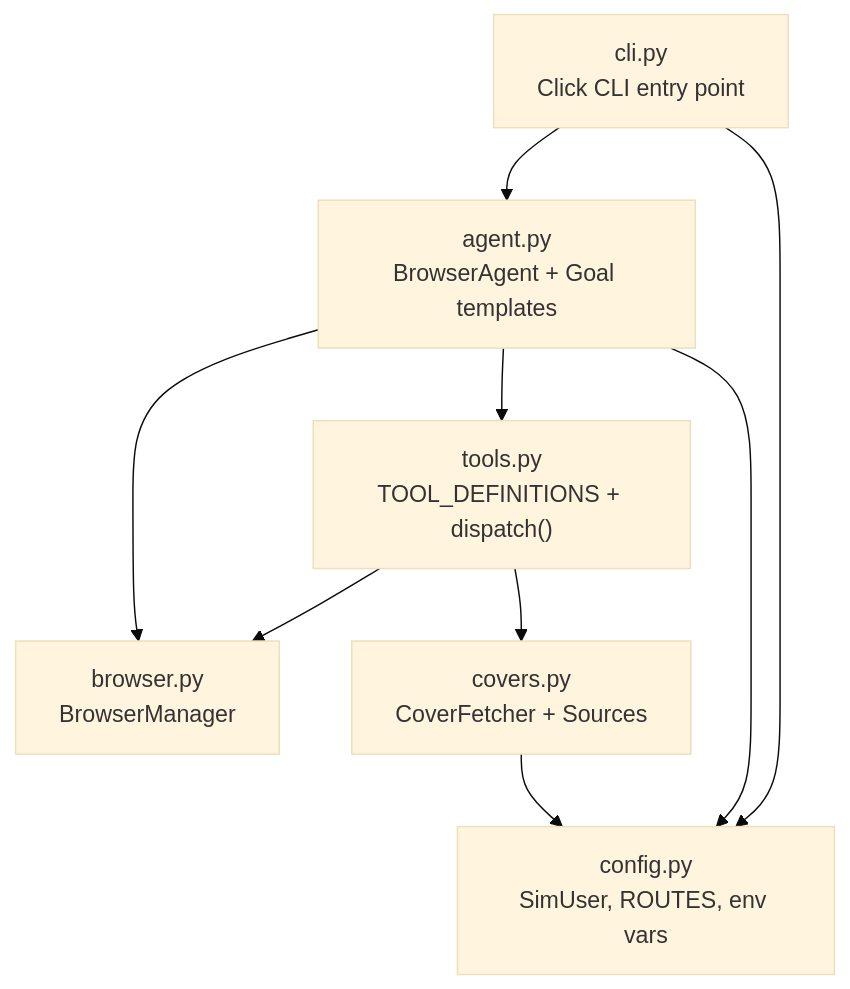
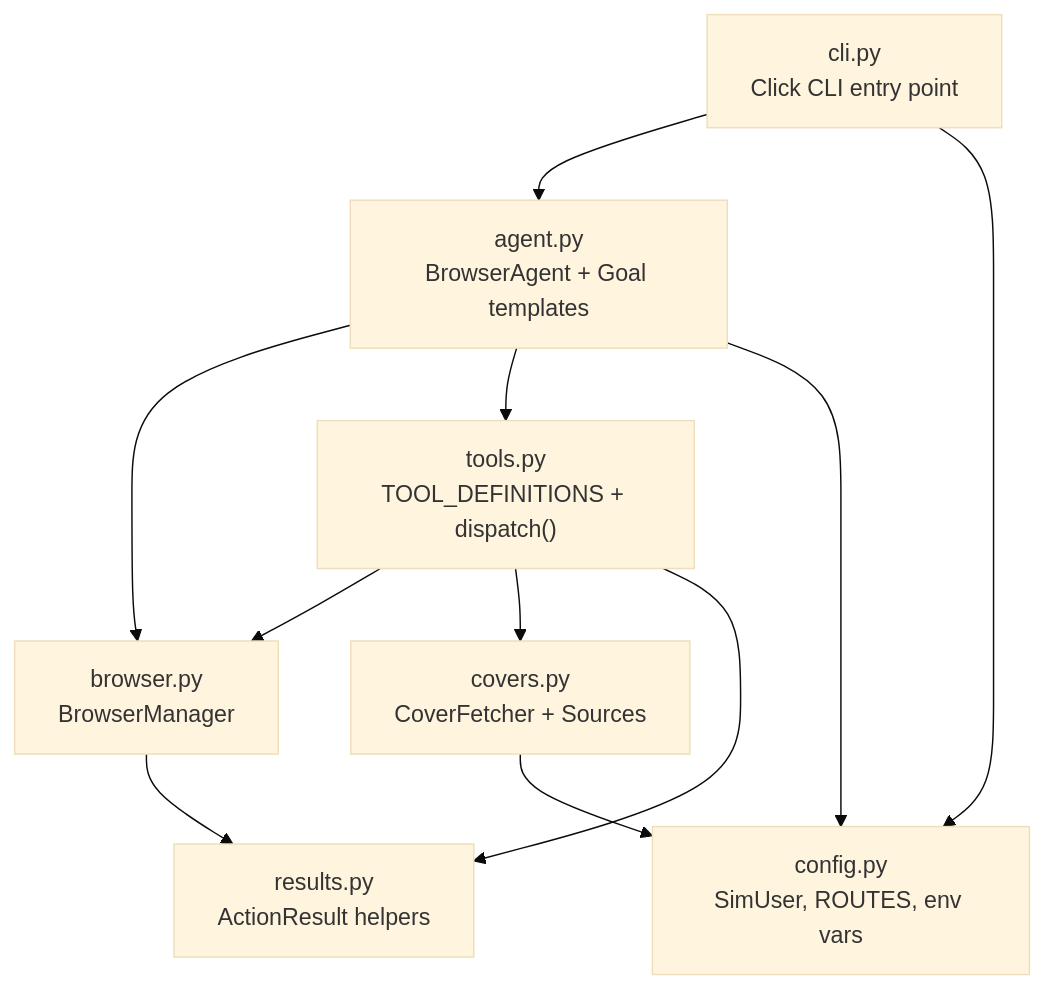
One commit to mattbriggs/this-or-that-agent changed the diagram in site/api/index.md. Above: the diagram before and after it, drawn with Mermaid (base theme). The commit also changed other lines of this file and 26 other files, not shown here.

````diff
--- a/site/api/index.md
+++ b/site/api/index.md
@@ -5,11 +5,13 @@
 ```mermaid
 graph TD
     CLI["cli.py<br/>Click CLI entry point"] --> Agent["agent.py<br/>BrowserAgent + Goal templates"]
     CLI --> Config["config.py<br/>SimUser, ROUTES, env vars"]
     Agent --> Browser["browser.py<br/>BrowserManager"]
     Agent --> Tools["tools.py<br/>TOOL_DEFINITIONS + dispatch()"]
     Agent --> Config
     Tools --> Browser
     Tools --> Covers["covers.py<br/>CoverFetcher + Sources"]
+    Tools --> Results["results.py<br/>ActionResult helpers"]
+    Browser --> Results
     Covers --> Config
 ```
````
